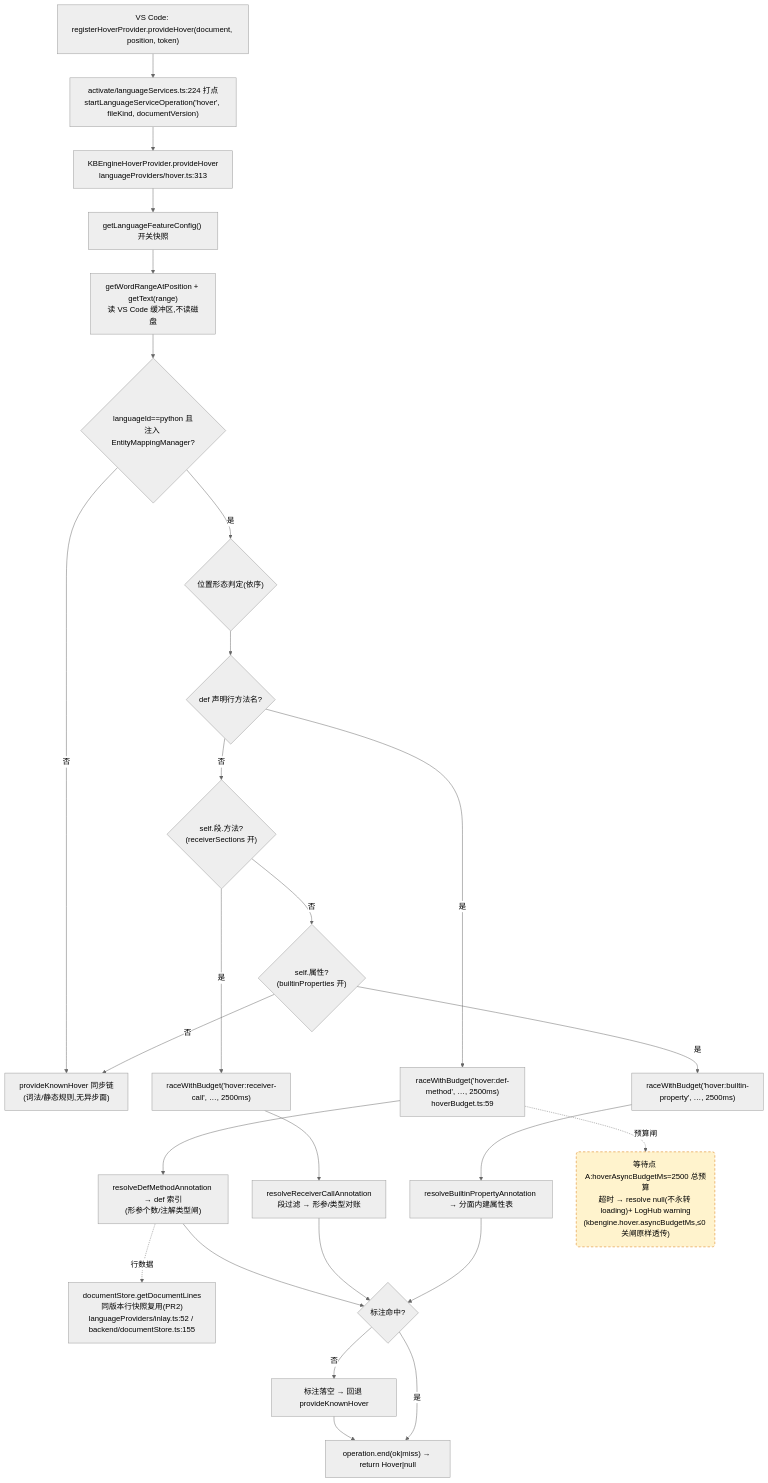
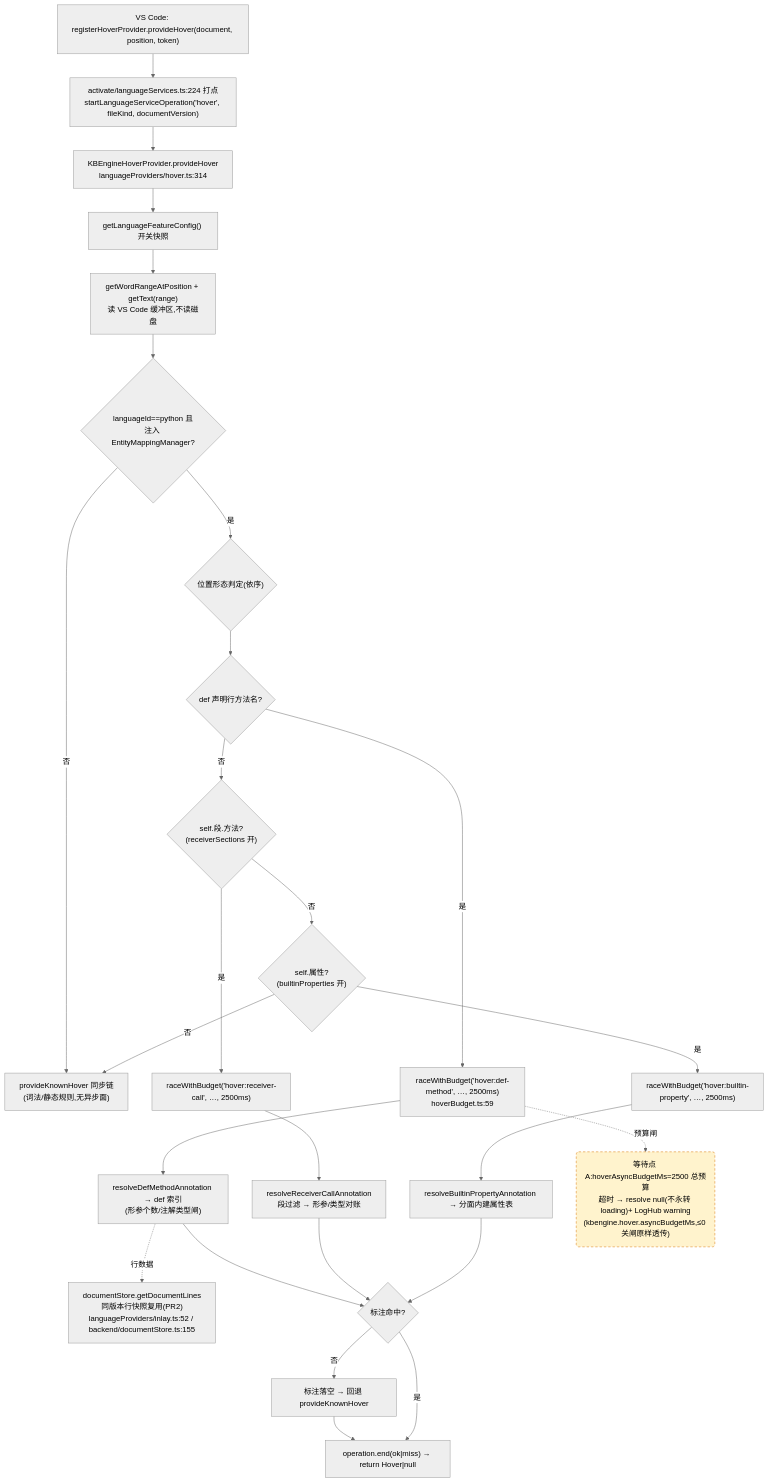
One commit to cuihairu/kode changed the first of 4 diagrams in docs/perf/2026-baseline.md. Above: the diagram before and after it, drawn with Mermaid (neutral theme). The commit also changed 5 other files, not shown here.

````diff
--- a/docs/perf/2026-baseline.md
+++ b/docs/perf/2026-baseline.md
@@ -100,45 +100,45 @@
 ```mermaid
 flowchart TD
   VC1["VS Code: registerHoverProvider.provideHover(document, position, token)"]
   M1["activate/languageServices.ts:224 打点<br/>startLanguageServiceOperation('hover', fileKind, documentVersion)"]
-  HP["KBEngineHoverProvider.provideHover<br/>languageProviders/hover.ts:313"]
+  HP["KBEngineHoverProvider.provideHover<br/>languageProviders/hover.ts:314"]
   CFG["getLanguageFeatureConfig() 开关快照"]
   WORD["getWordRangeAtPosition + getText(range)<br/>读 VS Code 缓冲区,不读磁盘"]
   BR{"languageId==python 且<br/>注入 EntityMappingManager?"}
   KN["provideKnownHover 同步链<br/>(词法/静态规则,无异步面)"]
   POS{"位置形态判定(依序)"}
   D1{"def 声明行方法名?"}
   D2{"self.段.方法?<br/>(receiverSections 开)"}
   D3{"self.属性?<br/>(builtinProperties 开)"}
   RA1["raceWithBudget('hover:def-method', …, 2500ms)<br/>hoverBudget.ts:59"]
   RA2["raceWithBudget('hover:receiver-call', …, 2500ms)"]
   RA3["raceWithBudget('hover:builtin-property', …, 2500ms)"]
   RS1["resolveDefMethodAnnotation → def 索引<br/>(形参个数/注解类型闸)"]
   RS2["resolveReceiverCallAnnotation<br/>段过滤 → 形参/类型对账"]
   RS3["resolveBuiltinPropertyAnnotation → 分面内建属性表"]
   LINES["documentStore.getDocumentLines<br/>同版本行快照复用(PR2)<br/>languageProviders/inlay.ts:52 / backend/documentStore.ts:155"]
   MISS["标注落空 → 回退 provideKnownHover"]
   END1["operation.end(ok|miss) → return Hover|null"]
 
   VC1 --> M1 --> HP --> CFG --> WORD --> BR
   BR -- "否" --> KN
   BR -- "是" --> POS --> D1
   D1 -- "是" --> RA1 --> RS1
   D1 -- "否" --> D2
   D2 -- "是" --> RA2 --> RS2
   D2 -- "否" --> D3
   D3 -- "是" --> RA3 --> RS3
   D3 -- "否" --> KN
   RS1 --> HIT{"标注命中?"}
   RS2 --> HIT
   RS3 --> HIT
   RS1 -.->|行数据| LINES
   HIT -- "否" --> MISS --> END1
   HIT -- "是" --> END1
 
   WAITA("等待点 A:hoverAsyncBudgetMs=2500 总预算<br/>超时 → resolve null(不永转 loading)+ LogHub warning<br/>(kbengine.hover.asyncBudgetMs,≤0 关闸原样透传)")
   RA1 -.->|预算闸| WAITA
 
   classDef waitPoint fill:#fff3cd,stroke:#d97706,stroke-dasharray:5 4;
   class WAITA waitPoint;
 ```
````
